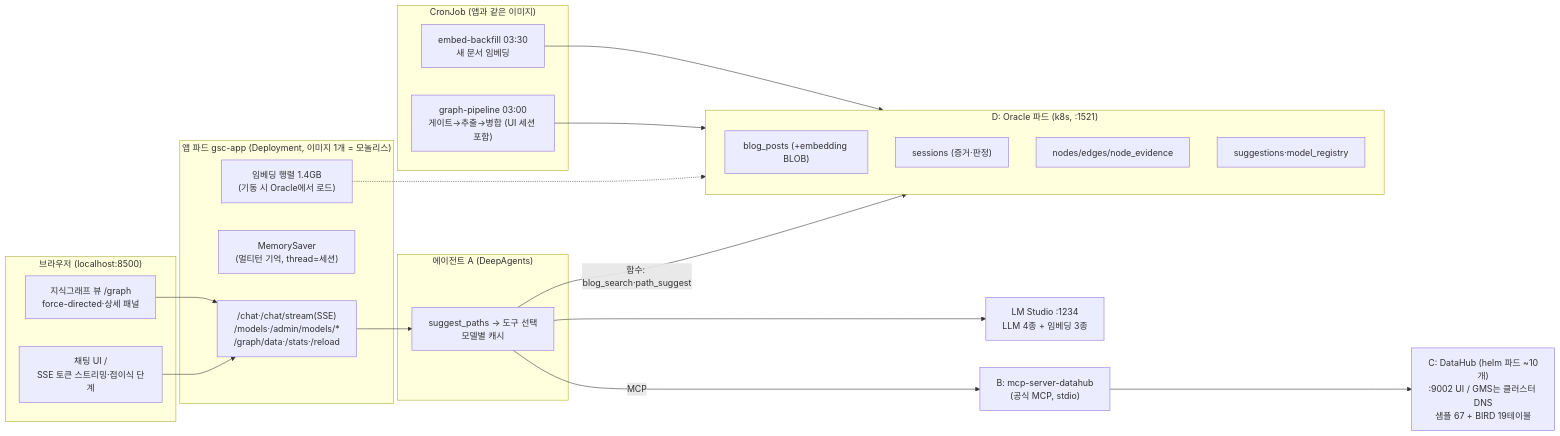
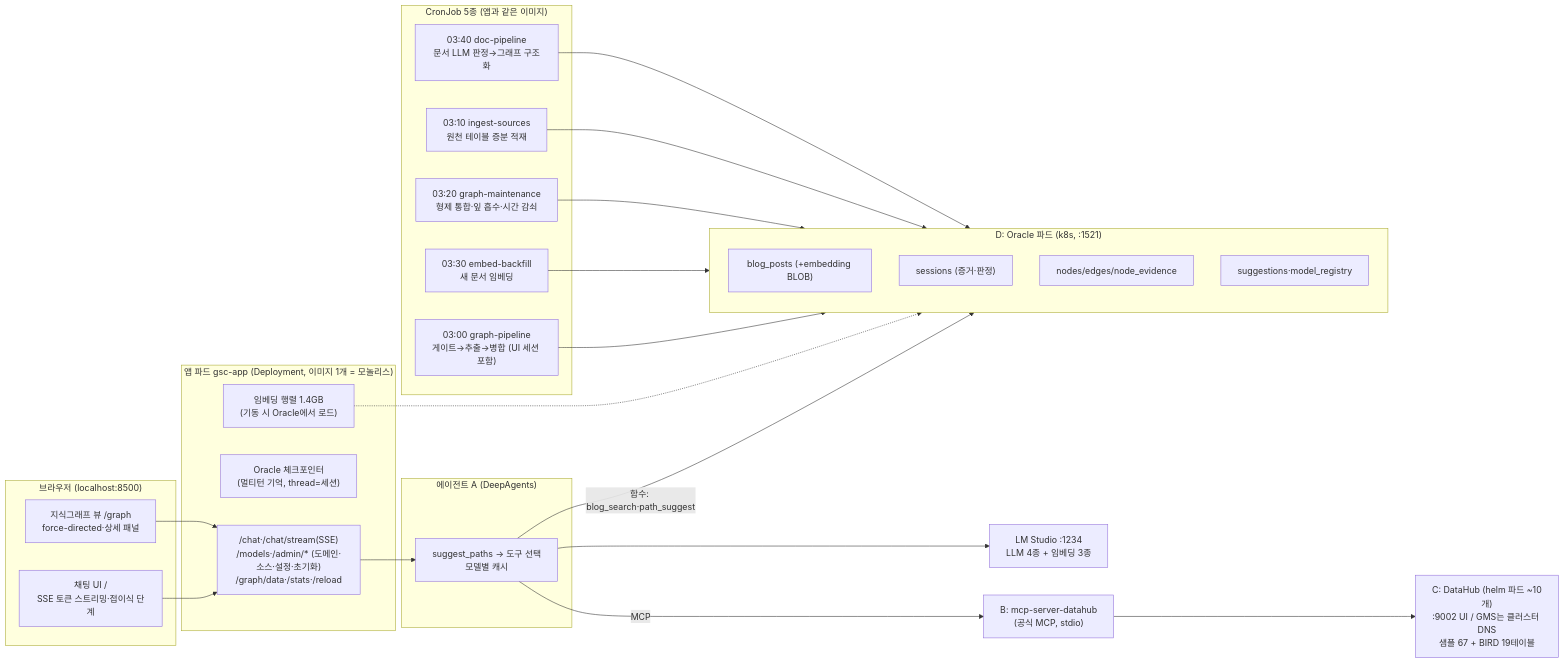
The diagram in docs/implementation.md (catinbox276/graph-search-chat), drawn with Mermaid before and after one commit. The commit also changed other lines of this file and 4 other files, not shown here.

````diff
--- a/docs/implementation.md
+++ b/docs/implementation.md
@@ -10,35 +10,38 @@
 ```mermaid
 flowchart LR
     subgraph browser["브라우저 (localhost:8500)"]
         UI["채팅 UI /<br/>SSE 토큰 스트리밍·접이식 단계"]
         GV["지식그래프 뷰 /graph<br/>force-directed·상세 패널"]
     end
     subgraph srv["앱 파드 gsc-app (Deployment, 이미지 1개 = 모놀리스)"]
-        API["/chat·/chat/stream(SSE)<br/>/models·/admin/models/*<br/>/graph/data·/stats·/reload"]
-        MEM["MemorySaver<br/>(멀티턴 기억, thread=세션)"]
+        API["/chat·/chat/stream(SSE)<br/>/models·/admin/* (도메인·소스·설정·초기화)<br/>/graph/data·/stats·/reload"]
+        MEM["Oracle 체크포인터<br/>(멀티턴 기억, thread=세션)"]
         MTX["임베딩 행렬 1.4GB<br/>(기동 시 Oracle에서 로드)"]
     end
     subgraph agentbox["에이전트 A (DeepAgents)"]
         AG["suggest_paths → 도구 선택<br/>모델별 캐시"]
     end
     LMS["LM Studio :1234<br/>LLM 4종 + 임베딩 3종"]
     subgraph ora["D: Oracle 파드 (k8s, :1521)"]
         T1["blog_posts (+embedding BLOB)"]
         T2["sessions (증거·판정)"]
         T3["nodes/edges/node_evidence"]
         T4["suggestions·model_registry"]
     end
     DH["C: DataHub (helm 파드 ~10개)<br/>:9002 UI / GMS는 클러스터 DNS<br/>샘플 67 + BIRD 19테이블"]
     MCP["B: mcp-server-datahub<br/>(공식 MCP, stdio)"]
     UI & GV --> API
     API --> AG
     AG -->|"함수: blog_search·path_suggest"| ora
     AG -->|MCP| MCP --> DH
     AG --> LMS
     MTX -.-> ora
-    subgraph batch["CronJob (앱과 같은 이미지)"]
-        P2["graph-pipeline 03:00<br/>게이트→추출→병합 (UI 세션 포함)"]
-        P3["embed-backfill 03:30<br/>새 문서 임베딩"]
+    subgraph batch["CronJob 5종 (앱과 같은 이미지)"]
+        P2["03:00 graph-pipeline<br/>게이트→추출→병합 (UI 세션 포함)"]
+        P5["03:10 ingest-sources<br/>원천 테이블 증분 적재"]
+        P4["03:20 graph-maintenance<br/>형제 통합·잎 흡수·시간 감쇠"]
+        P3["03:30 embed-backfill<br/>새 문서 임베딩"]
+        P6["03:40 doc-pipeline<br/>문서 LLM 판정→그래프 구조화"]
     end
-    P2 & P3 --> ora
+    P2 & P3 & P4 & P5 & P6 --> ora
 ```
````
